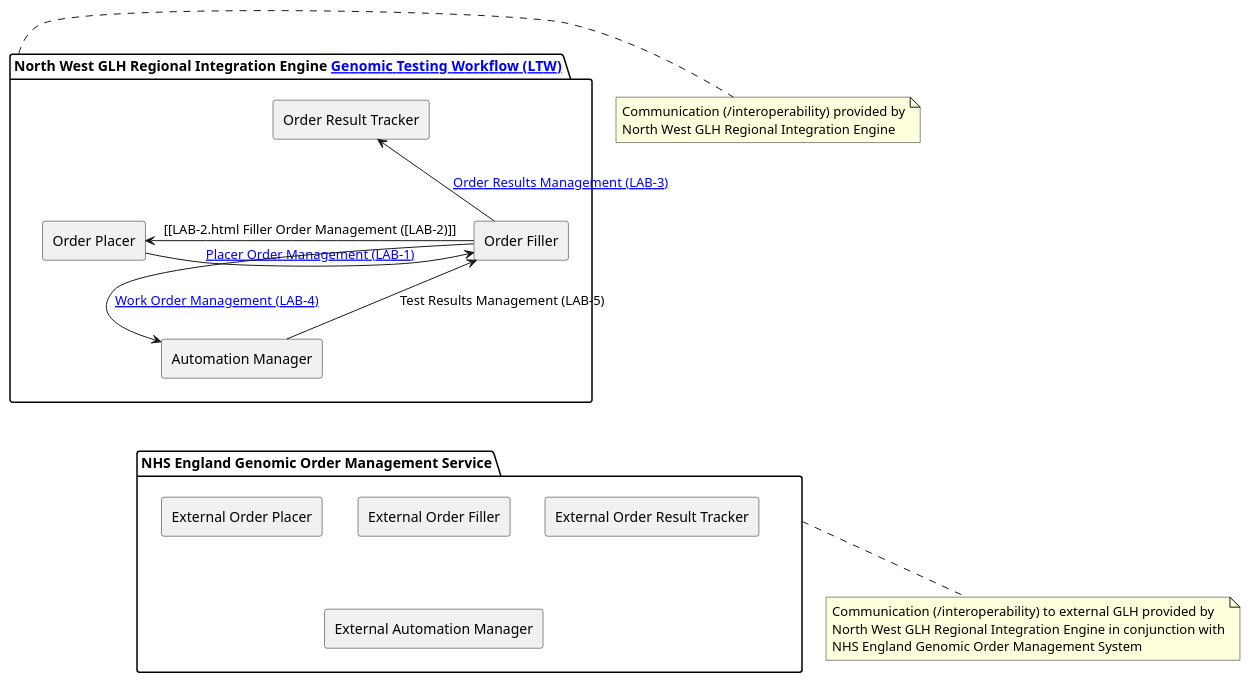
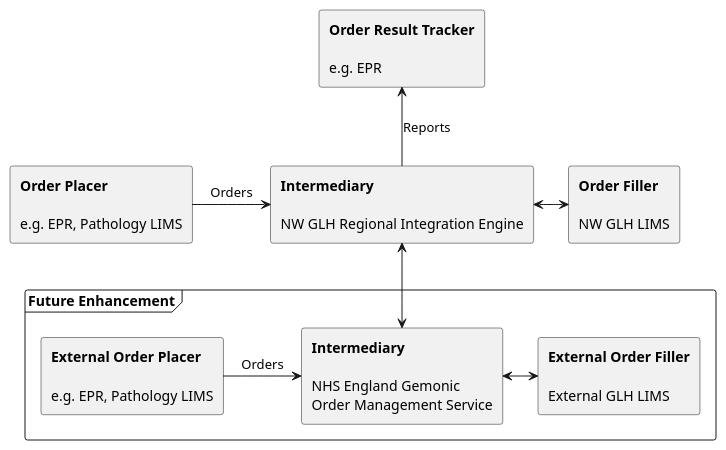
The diagram in input/images-source/RIE-component.plantuml (nw-gmsa/nw-gmsa.github.com), drawn with PlantUML before and after one commit.

Commit message:
Updated HL7 v2 text files

```diff
--- a/input/images-source/RIE-component.plantuml
+++ b/input/images-source/RIE-component.plantuml
@@ -1,36 +1,22 @@
 @startuml
 
 
-package "North West GLH Regional Integration Engine [[LTW.html Genomic Testing Workflow (LTW)]]" as NW {
-  agent "Order Placer" as Placer
-  agent "Order Filler" as Filler
-  agent "Order Result Tracker" as Tracker
-  agent "Automation Manager" as Manager
-}
-note right of NW
-Communication (/interoperability) provided by
-North West GLH Regional Integration Engine
-end note
+  agent "**Order Placer**\n\ne.g. EPR, Pathology LIMS" as Placer
+  agent "**Order Filler**\n\nNW GLH LIMS" as Filler
 
-package "NHS England Genomic Order Management Service" as  NHSE {
-  agent "External Order Placer" as xPlacer
-  agent "External Order Filler" as xFiller
-  agent "External Order Result Tracker" as xTracker
-  agent "External Automation Manager" as xManager
-}
-Placer -r-> Filler: [[LAB-1.html Placer Order Management (LAB-1)]]
-Filler -l-> Placer: [[LAB-2.html Filler Order Management ([LAB-2)]]
+  agent "**Order Result Tracker**\n\ne.g. EPR" as Tracker
+  agent "**Intermediary**\n\nNW GLH Regional Integration Engine" as RIE
+  frame "Future Enhancement" as future {
+    agent "**Intermediary**\n\nNHS England Gemonic\nOrder Management Service" as GOMS
+    agent "**External Order Placer**\n\ne.g. EPR, Pathology LIMS" as xPlacer
+    agent "**External Order Filler**\n\nExternal GLH LIMS" as xFiller
+  }
 
-Filler -u-> Tracker: [[LAB-3.html Order Results Management (LAB-3)]]
-Filler -d-> Manager: [[LAB-4 Work Order Management (LAB-4)]]
-Manager -u-> Filler: Test Results Management (LAB-5)
-note bottom of NHSE
-Communication (/interoperability) to external GLH provided by
-North West GLH Regional Integration Engine in conjunction with
-NHS England Genomic Order Management System
-end note
-
-
-Manager -d[hidden]- xPlacer
+Placer -r-> RIE: Orders
+xPlacer -r-> GOMS: Orders
+RIE <-r-> Filler
+RIE -u-> Tracker: Reports
+RIE <-d-> GOMS
+GOMS <-r-> xFiller
 
 @enduml
```
